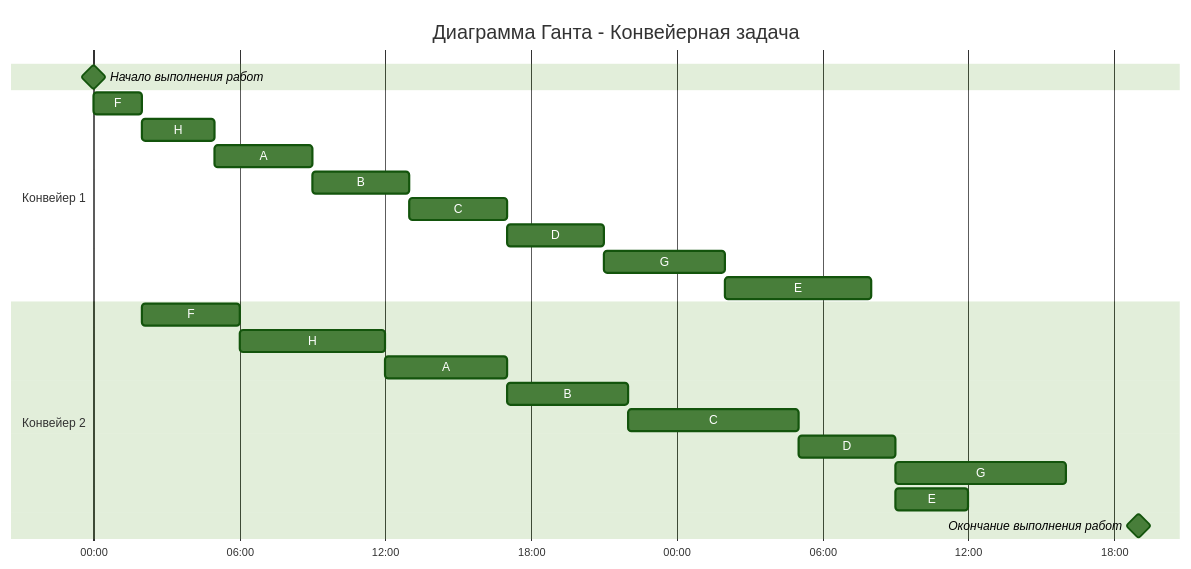
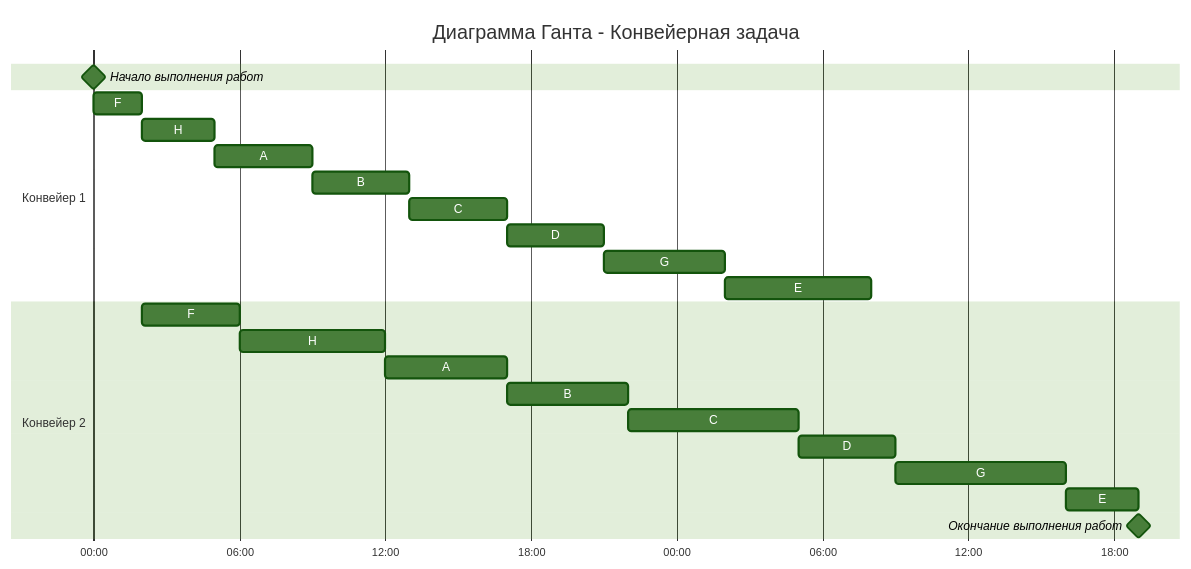
One commit to HSE-algo-23-owl/manual_tasks changed the first of 2 diagrams in task_8/sluggish_pythons_task_8.md. Above: the diagram before and after it, drawn with Mermaid (forest theme). The commit also changed other lines of this file, not shown here.

Commit message:
Update sluggish_pythons_task_8.md
исправил

````diff
--- a/task_8/sluggish_pythons_task_8.md
+++ b/task_8/sluggish_pythons_task_8.md
@@ -33,26 +33,26 @@
 ```mermaid
 gantt
     title Диаграмма Ганта - Конвейерная задача
     dateFormat DD HH:mm    
     axisFormat %H:%M
     Начало выполнения работ : milestone, m1, 01 00:00, 0h
     section Конвейер 1
     F         :a1, 01 00:00, 2h
     H         :a2, after a1, 3h
     A         :a3, after a2, 4h
     B         :a4, after a3, 4h
     C         :a5, after a4, 4h
     D         :a6, after a5, 4h
     G         :a7, after a6, 5h
     E         :a8, after a7, 6h
     section Конвейер 2
     F         :b1, after a1, 4h
     H         :b2, after a2 b1, 6h
     A         :b3, after a3 b2, 5h
     B         :b4, after a4 b3, 5h
     C         :b5, after a5 b4, 7h
     D         :b6, after a6 b5, 4h
     G         :b7, after a7 b6, 7h
-    E         :b7, after a7 b6, 3h
+    E         :b8, after a8 b7, 3h
     Окончание выполнения работ : milestone, m2, 02 19:00, 0h
 ```
````
